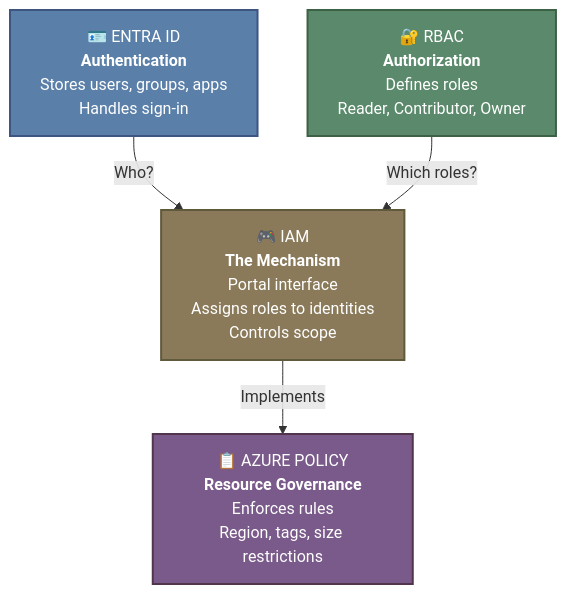
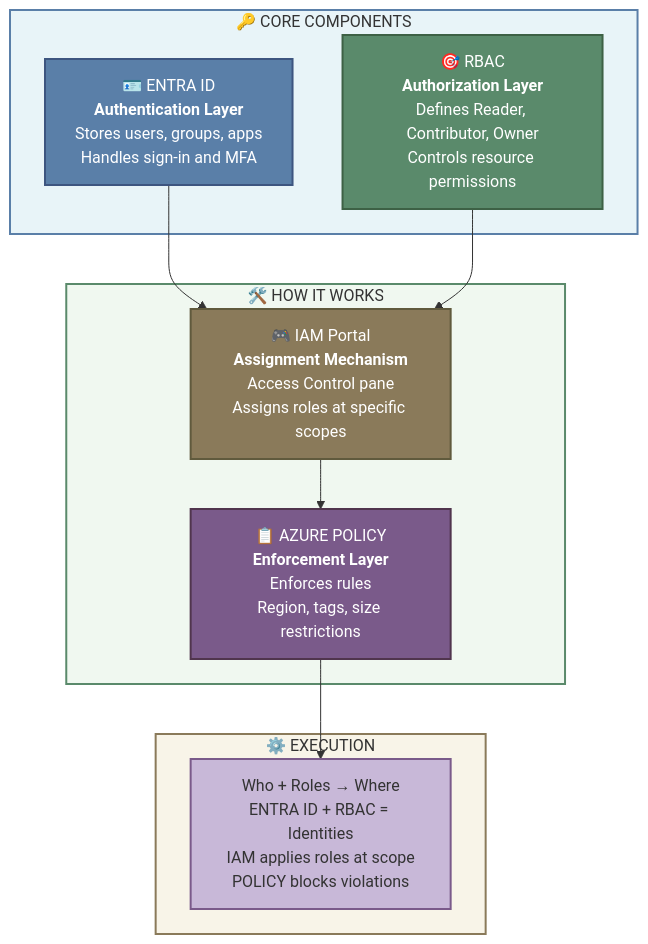
The second of 2 diagrams in 01-identity-governance/README.md (rubak714/azure-system-administration), drawn with Mermaid before and after one commit. The commit also changed other lines of this file, not shown here.

Commit message:
docs: redesign second diagram with consistent color palette, layered structure, and enhanced visual differentiation
- Apply same color scheme as first diagram for visual consistency
- Reorganize into three layers: Foundation, Implementation, and Execution
- Add descriptive title and section grouping with subgraphs
- Use complementary light backgrounds for layer containers
- Enhance visual hierarchy with distinct emoji and formatting
- Show complete governance flow from identity to enforcement

````diff
--- a/01-identity-governance/README.md
+++ b/01-identity-governance/README.md
@@ -88,16 +88,30 @@
 ```mermaid
-graph TD
-    A["🪪 ENTRA ID<br/><b>Authentication</b><br/>Stores users, groups, apps<br/>Handles sign-in"]
-    B["🔐 RBAC<br/><b>Authorization</b><br/>Defines roles<br/>Reader, Contributor, Owner"]
-    C["🎮 IAM<br/><b>The Mechanism</b><br/>Portal interface<br/>Assigns roles to identities<br/>Controls scope"]
-    D["📋 AZURE POLICY<br/><b>Resource Governance</b><br/>Enforces rules<br/>Region, tags, size restrictions"]
+graph TB
+    subgraph Foundation["🔑 CORE COMPONENTS"]
+        ENTRA["🪪 ENTRA ID<br/><b>Authentication Layer</b><br/>Stores users, groups, apps<br/>Handles sign-in and MFA"]
+        RBAC["🎯 RBAC<br/><b>Authorization Layer</b><br/>Defines Reader, Contributor, Owner<br/>Controls resource permissions"]
+    end
     
-    A -->|"Who?"| C
-    B -->|"Which roles?"| C
-    C -->|"Implements"| D
+    subgraph Implementation["🛠️ HOW IT WORKS"]
+        IAM["🎮 IAM Portal<br/><b>Assignment Mechanism</b><br/>Access Control pane<br/>Assigns roles at specific scopes"]
+        ENFORCE["📋 AZURE POLICY<br/><b>Enforcement Layer</b><br/>Enforces rules<br/>Region, tags, size restrictions"]
+    end
     
-    style A fill:#5A7FA8,stroke:#3D5580,stroke-width:2px,color:#fff
-    style B fill:#5A8A6B,stroke:#3D6145,stroke-width:2px,color:#fff
-    style C fill:#8A7A5A,stroke:#605A3D,stroke-width:2px,color:#fff
-    style D fill:#7A5A8A,stroke:#50354D,stroke-width:2px,color:#fff
+    subgraph Flow["⚙️ EXECUTION"]
+        PROCESS["Who + Roles → Where<br/>ENTRA ID + RBAC = Identities<br/>IAM applies roles at scope<br/>POLICY blocks violations"]
+    end
+    
+    ENTRA --> IAM
+    RBAC --> IAM
+    IAM --> ENFORCE
+    ENFORCE --> PROCESS
+    
+    style Foundation fill:#e8f4f8,stroke:#5A7FA8,stroke-width:2px,color:#333
+    style Implementation fill:#f0f8f0,stroke:#5A8A6B,stroke-width:2px,color:#333
+    style Flow fill:#f8f4e8,stroke:#8A7A5A,stroke-width:2px,color:#333
+    style ENTRA fill:#5A7FA8,stroke:#3D5580,stroke-width:2px,color:#fff
+    style RBAC fill:#5A8A6B,stroke:#3D6145,stroke-width:2px,color:#fff
+    style IAM fill:#8A7A5A,stroke:#605A3D,stroke-width:2px,color:#fff
+    style ENFORCE fill:#7A5A8A,stroke:#50354D,stroke-width:2px,color:#fff
+    style PROCESS fill:#c8b8d8,stroke:#7A5A8A,stroke-width:2px,color:#333
 ```
````
